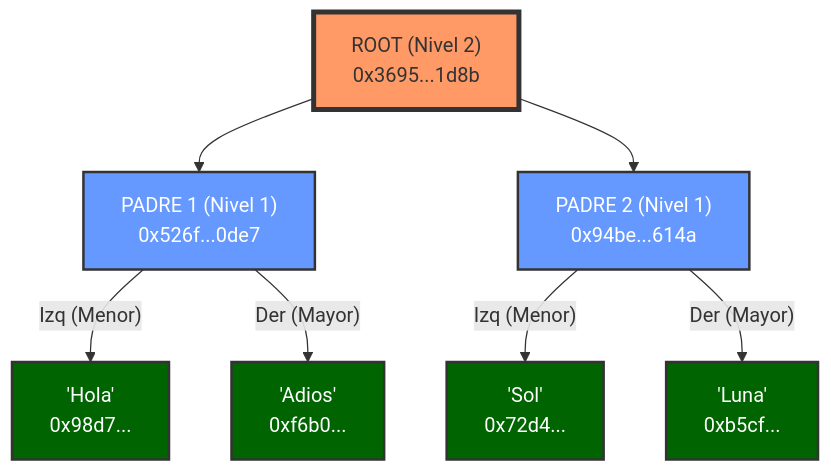
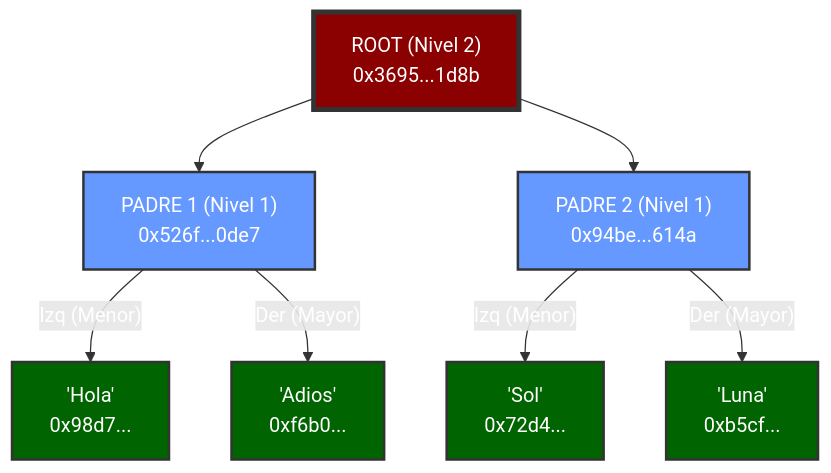
The diagram in Raul_Pastor_Clemente/Apartado_4/README.md (pixelotes/IESCAMINAS_PPS_RA1_2526), drawn with Mermaid before and after one commit. The commit also changed other lines of this file, not shown here.

````diff
--- a/Raul_Pastor_Clemente/Apartado_4/README.md
+++ b/Raul_Pastor_Clemente/Apartado_4/README.md
@@ -35,30 +37,30 @@
 ```mermaid
 graph TD
     %% Estilos
-    classDef root fill:#f96,stroke:#333,stroke-width:4px;
+    classDef root fill:#8B0000,stroke:#333,stroke-width:4px,color:white;
     classDef branch fill:#69f,stroke:#333,stroke-width:2px,color:white;
     classDef leaf fill:#006400,stroke:#333,stroke-width:2px,color:white;
 
     %% Nivel 2: La Raíz
     Root["ROOT (Nivel 2)<br/>0x3695...1d8b"]:::root
 
     %% Nivel 1: Ramas Intermedias
     HashPar1["PADRE 1 (Nivel 1)<br/>0x526f...0de7"]:::branch
     HashPar2["PADRE 2 (Nivel 1)<br/>0x94be...614a"]:::branch
 
     %% Nivel 0: Hojas (Datos originales)
     HashHola["'Hola'<br/>0x98d7..."]:::leaf
     HashAdios["'Adios'<br/>0xf6b0..."]:::leaf
     HashSol["'Sol'<br/>0x72d4..."]:::leaf
     HashLuna["'Luna'<br/>0xb5cf..."]:::leaf
 
     %% Conexiones (CORREGIDAS CON COMILLAS)
     Root --> HashPar1
     Root --> HashPar2
 
     HashPar1 -- "Izq (Menor)" --> HashHola
     HashPar1 -- "Der (Mayor)" --> HashAdios
 
     HashPar2 -- "Izq (Menor)" --> HashSol
     HashPar2 -- "Der (Mayor)" --> HashLuna
 ```
````
